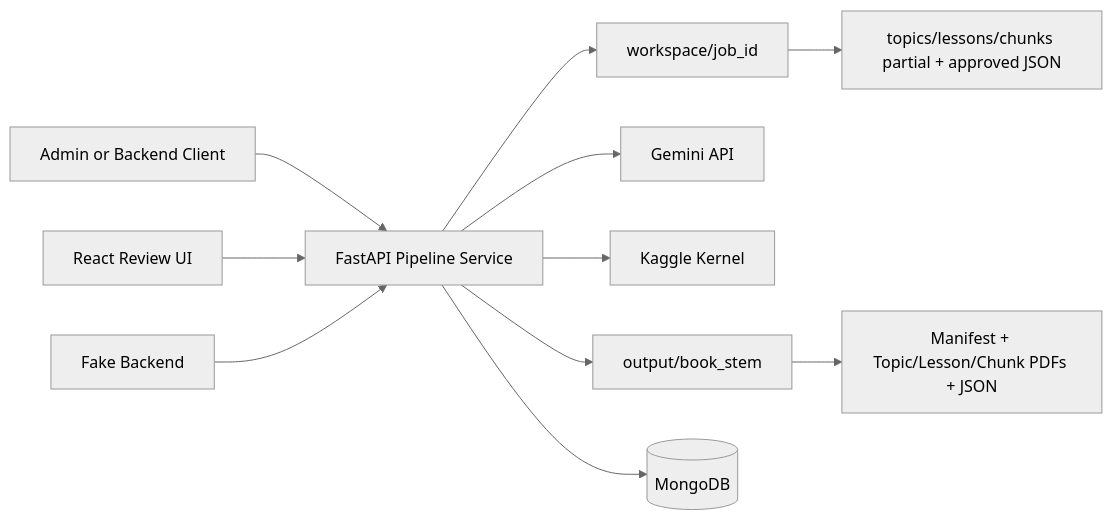
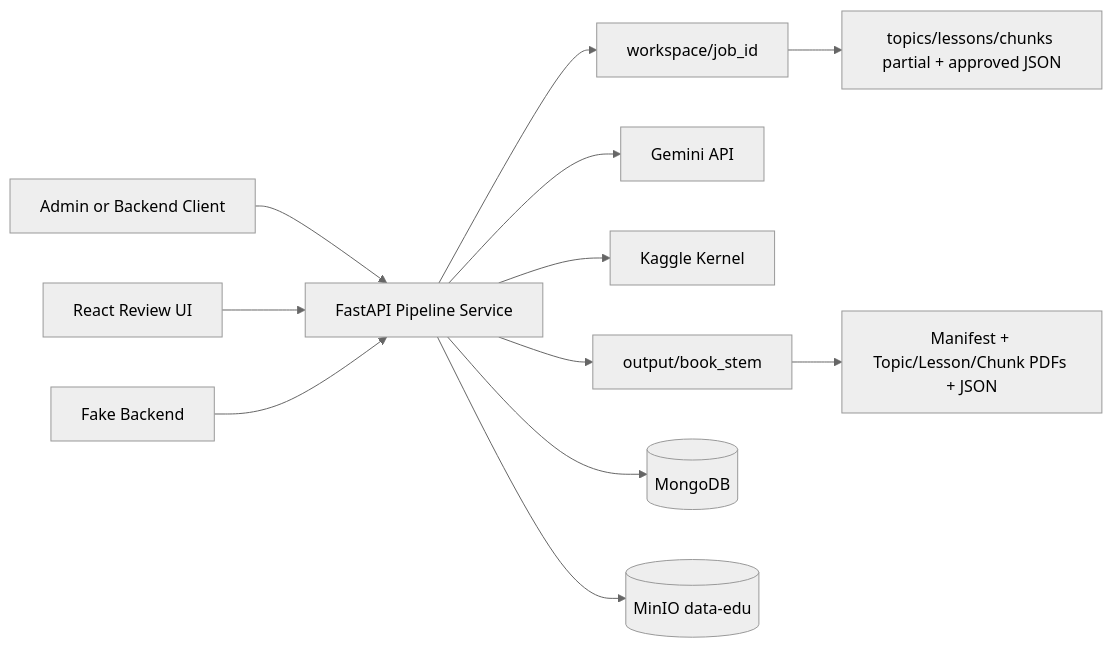
One commit to Aaron1610-dev/gemini-pdf-pipeline-service changed the diagram in docs/ARCHITECTURE.md. Above: the diagram before and after it, drawn with Mermaid (neutral theme). The commit also changed other lines of this file and 45 other files, not shown here.

````diff
--- a/docs/ARCHITECTURE.md
+++ b/docs/ARCHITECTURE.md
@@ -56,13 +56,14 @@
 ```mermaid
 flowchart LR
   Client[Admin or Backend Client] --> API[FastAPI Pipeline Service]
   UI[React Review UI] --> API
   Fake[Fake Backend] --> API
   API --> WS[workspace/job_id]
   API --> Gemini[Gemini API]
   API --> Kaggle[Kaggle Kernel]
   API --> Out[output/book_stem]
   API --> Mongo[(MongoDB)]
+  API --> MinIO[(MinIO data-edu)]
   WS --> Review[topics/lessons/chunks partial + approved JSON]
   Out --> Bundle[Manifest + Topic/Lesson/Chunk PDFs + JSON]
 ```
````
